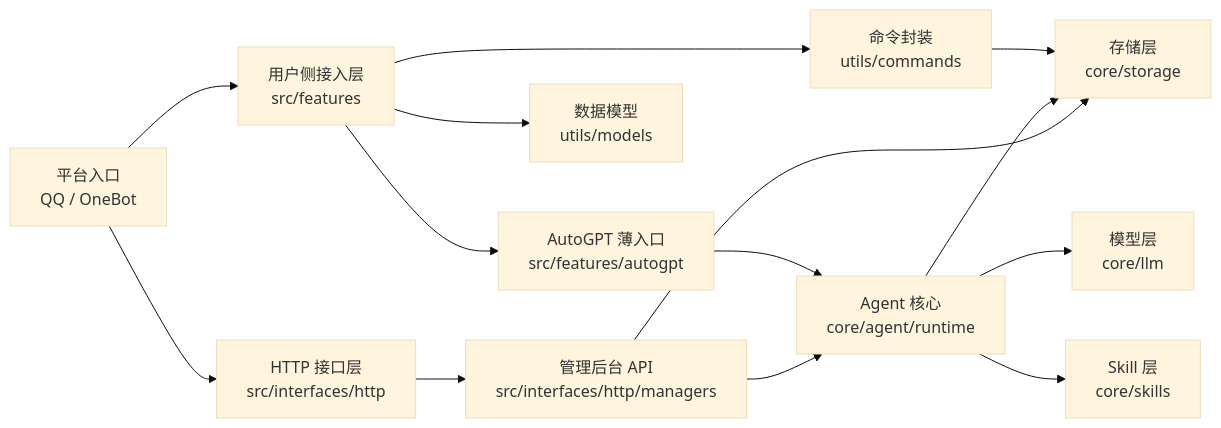
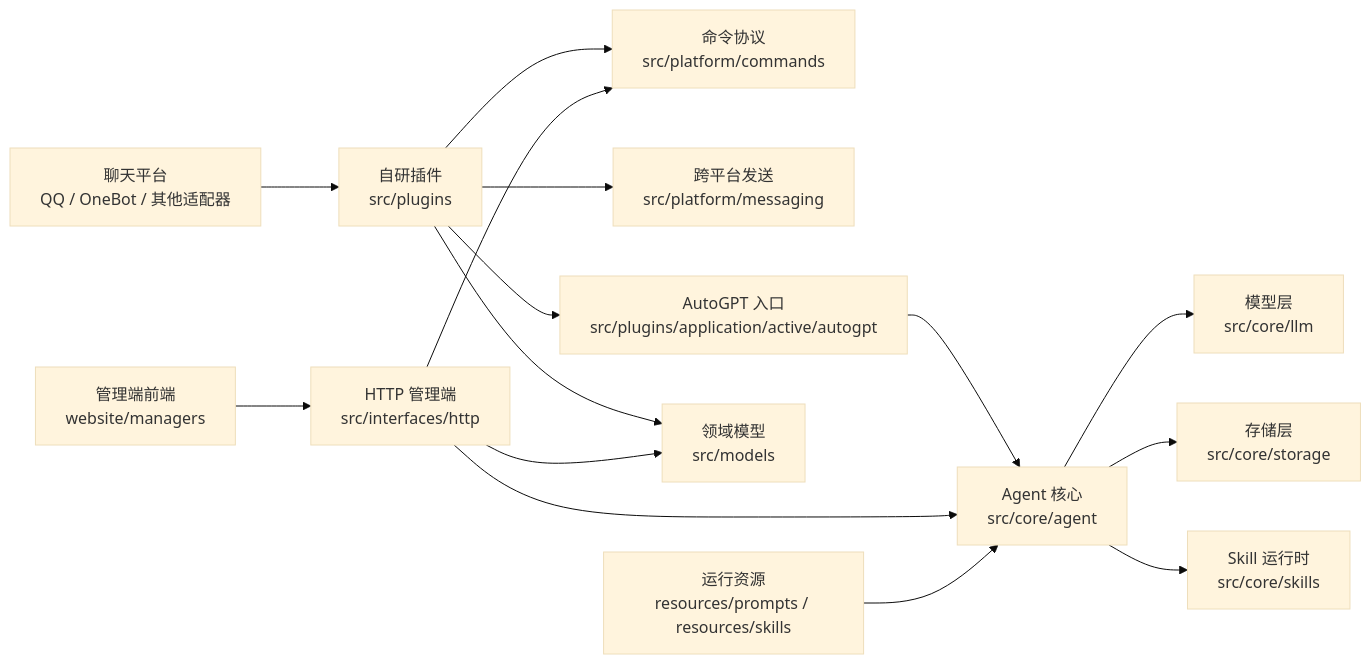
One commit to ClassRobot/ClassRobot changed the diagram in docs/getting-started/project-structure.md. Above: the diagram before and after it, drawn with Mermaid (base theme). The commit also changed other lines of this file and 520 other files, not shown here.

````diff
--- a/docs/getting-started/project-structure.md
+++ b/docs/getting-started/project-structure.md
@@ -5,16 +7,20 @@
 ```mermaid
 flowchart LR
-    Platform["平台入口\nQQ / OneBot"] --> Features["用户侧接入层\nsrc/features"]
-    Platform --> Http["HTTP 接口层\nsrc/interfaces/http"]
-    Features --> Commands["命令封装\nutils/commands"]
-    Features --> AgentEntry["AutoGPT 薄入口\nsrc/features/autogpt"]
-    AgentEntry --> AgentCore["Agent 核心\ncore/agent/runtime"]
-    AgentCore --> LLM["模型层\ncore/llm"]
-    AgentCore --> Skills["Skill 层\ncore/skills"]
-    Commands --> Storage["存储层\ncore/storage"]
-    AgentCore --> Storage
-    Features --> Models["数据模型\nutils/models"]
-    Http --> Managers["管理后台 API\nsrc/interfaces/http/managers"]
-    Managers --> AgentCore
-    Managers --> Storage
+    Platform["聊天平台\nQQ / OneBot / 其他适配器"] --> Plugins["自研插件\nsrc/plugins"]
+    Plugins --> Commands["命令协议\nsrc/platform/commands"]
+    Plugins --> Messaging["跨平台发送\nsrc/platform/messaging"]
+    Plugins --> AgentEntry["AutoGPT 入口\nsrc/plugins/application/active/autogpt"]
+
+    AgentEntry --> AgentCore["Agent 核心\nsrc/core/agent"]
+    AgentCore --> LLM["模型层\nsrc/core/llm"]
+    AgentCore --> Storage["存储层\nsrc/core/storage"]
+    AgentCore --> Skills["Skill 运行时\nsrc/core/skills"]
+
+    Plugins --> Models["领域模型\nsrc/models"]
+    Interfaces["HTTP 管理端\nsrc/interfaces/http"] --> Commands
+    Interfaces --> AgentCore
+    Interfaces --> Models
+
+    Resources["运行资源\nresources/prompts / resources/skills"] --> AgentCore
+    Website["管理端前端\nwebsite/managers"] --> Interfaces
 ```
````
